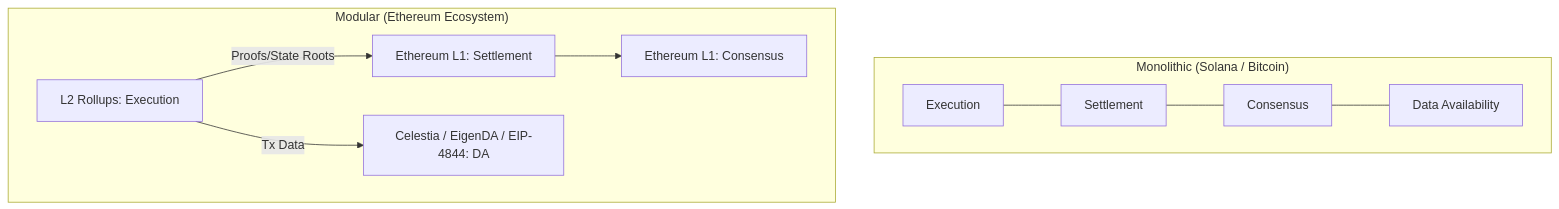
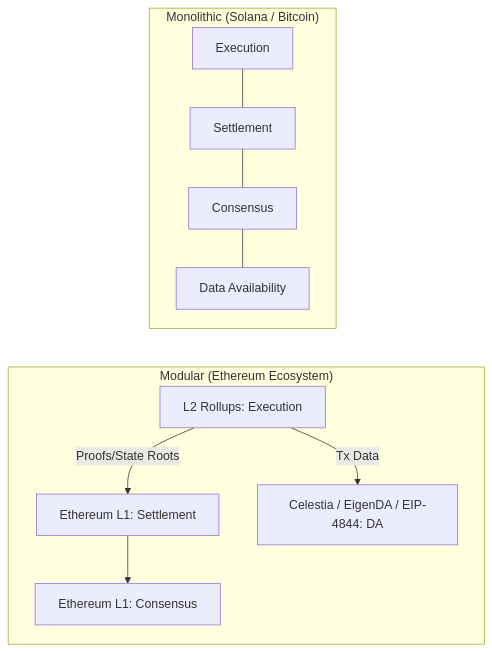
One commit to j4flmao/agent-skills changed the diagram in docs/engineering/blockchain/layer-model-comparison.md. Above: the diagram before and after it, drawn with Mermaid. The commit also changed 3 other files, not shown here.

Commit message:
style: Manually configure layout topology for 4 blockchain Mermaid diagrams to ensure proper vertical stacking and prevent extreme horizontal squishing

````diff
--- a/docs/engineering/blockchain/layer-model-comparison.md
+++ b/docs/engineering/blockchain/layer-model-comparison.md
@@ -9,23 +9,25 @@
 ```mermaid
-graph TD
+flowchart TD
     subgraph "Monolithic (Solana / Bitcoin)"
         M_Exec[Execution]
         M_Sett[Settlement]
         M_Cons[Consensus]
         M_DA[Data Availability]
         M_Exec --- M_Sett
         M_Sett --- M_Cons
         M_Cons --- M_DA
     end
     
     subgraph "Modular (Ethereum Ecosystem)"
         L2[L2 Rollups: Execution]
         L1_Sett[Ethereum L1: Settlement]
         L1_Cons[Ethereum L1: Consensus]
         DA[Celestia / EigenDA / EIP-4844: DA]
         
         L2 -->|Proofs/State Roots| L1_Sett
         L2 -->|Tx Data| DA
         L1_Sett --> L1_Cons
     end
+
+    M_DA ~~~ L2
 ```
````
